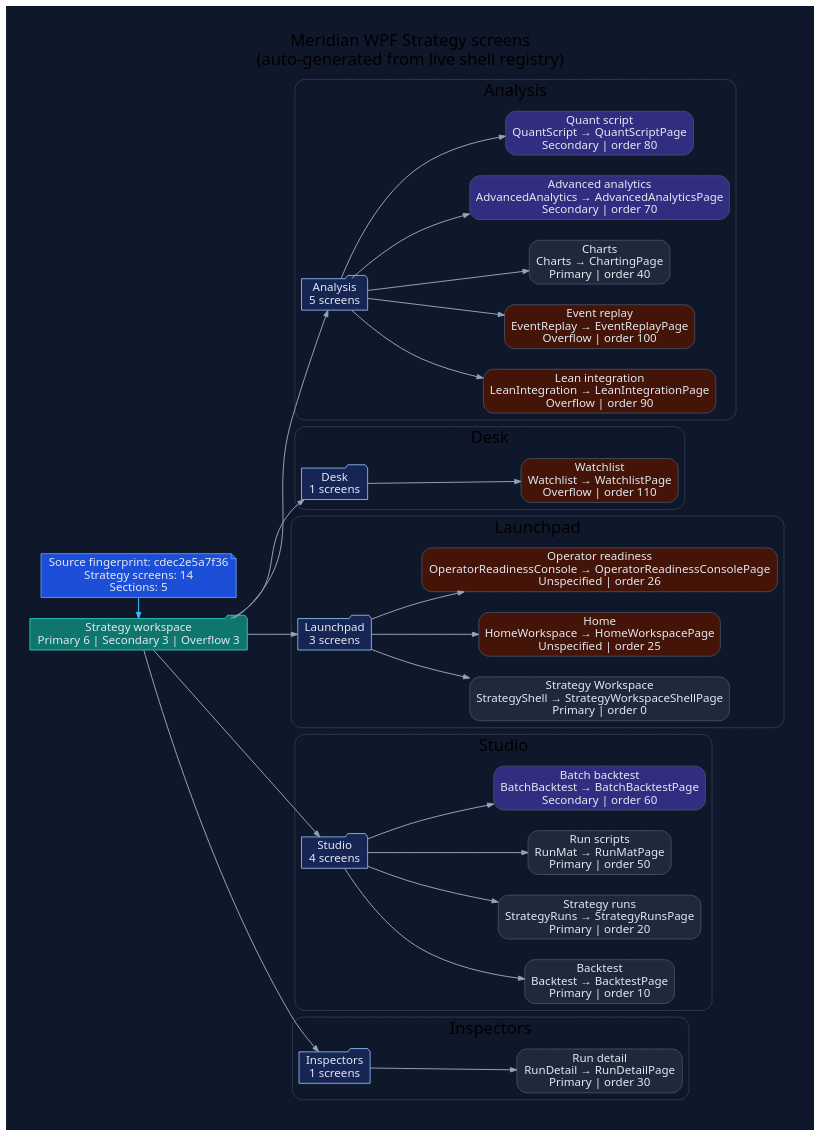
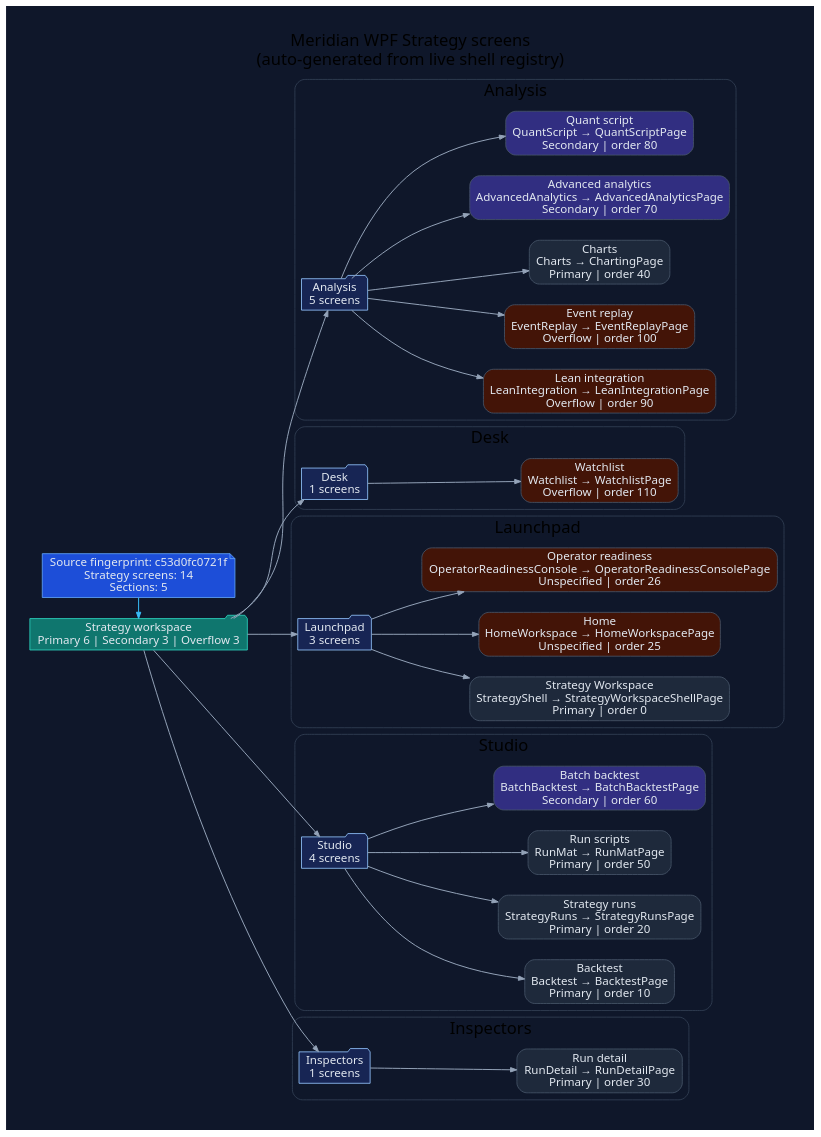
One commit to rodoHasArrived/Meridian-main changed the diagram in docs/diagrams/ui/ui-wpf-screens-strategy.dot. Above: the diagram before and after it, drawn with Graphviz. The commit also changed 47 other files, not shown here.

```diff
--- a/docs/diagrams/ui/ui-wpf-screens-strategy.dot
+++ b/docs/diagrams/ui/ui-wpf-screens-strategy.dot
@@ -1,94 +1,94 @@
 // -----------------------------------------------------------------------------
 // <auto-generated>
 // Generated by scripts/generate-diagrams.mjs.
 // Do not edit this file directly; update the WPF source files instead.
 // -----------------------------------------------------------------------------
 digraph WpfStrategyScreens {
   graph [
     rankdir=LR,
     labelloc=t,
     label="Meridian WPF Strategy screens\n(auto-generated from live shell registry)",
     fontname="Segoe UI",
     fontsize=20,
     pad=0.4,
     nodesep=0.35,
     ranksep=0.85,
     bgcolor="#0f172a"
   ];
   node [fontname="Segoe UI", shape=box, style="rounded,filled", color="#475569", fontcolor="#e2e8f0", fillcolor="#1e293b"];
   edge [fontname="Segoe UI", color="#94a3b8", penwidth=1.2, arrowsize=0.75];
 
-  generated [shape=note, fillcolor="#1d4ed8", color="#60a5fa", label="Source fingerprint: cdec2e5a7f36\nStrategy screens: 14\nSections: 5"];
+  generated [shape=note, fillcolor="#1d4ed8", color="#60a5fa", label="Source fingerprint: c53d0fc0721f\nStrategy screens: 14\nSections: 5"];
   workspace [shape=folder, fillcolor="#0f766e", color="#2dd4bf", label="Strategy workspace\nPrimary 6 | Secondary 3 | Overflow 3"];
   generated -> workspace [color="#38bdf8"];
 
   subgraph cluster_section_1 {
     label="Analysis";
     color="#334155";
     style="rounded";
     section_1 [shape=folder, fillcolor="#172554", color="#93c5fd", label="Analysis\n5 screens"];
     workspace -> section_1;
     screen_LeanIntegration [fillcolor="#431407", label="Lean integration\nLeanIntegration → LeanIntegrationPage\nOverflow | order 90"];
     section_1 -> screen_LeanIntegration;
     screen_EventReplay [fillcolor="#431407", label="Event replay\nEventReplay → EventReplayPage\nOverflow | order 100"];
     section_1 -> screen_EventReplay;
     screen_Charts [fillcolor="#1e293b", label="Charts\nCharts → ChartingPage\nPrimary | order 40"];
     section_1 -> screen_Charts;
     screen_AdvancedAnalytics [fillcolor="#312e81", label="Advanced analytics\nAdvancedAnalytics → AdvancedAnalyticsPage\nSecondary | order 70"];
     section_1 -> screen_AdvancedAnalytics;
     screen_QuantScript [fillcolor="#312e81", label="Quant script\nQuantScript → QuantScriptPage\nSecondary | order 80"];
     section_1 -> screen_QuantScript;
   }
 
   subgraph cluster_section_2 {
     label="Desk";
     color="#334155";
     style="rounded";
     section_2 [shape=folder, fillcolor="#172554", color="#93c5fd", label="Desk\n1 screens"];
     workspace -> section_2;
     screen_Watchlist [fillcolor="#431407", label="Watchlist\nWatchlist → WatchlistPage\nOverflow | order 110"];
     section_2 -> screen_Watchlist;
   }
 
   subgraph cluster_section_3 {
     label="Launchpad";
     color="#334155";
     style="rounded";
     section_3 [shape=folder, fillcolor="#172554", color="#93c5fd", label="Launchpad\n3 screens"];
     workspace -> section_3;
     screen_StrategyShell [fillcolor="#1e293b", label="Strategy Workspace\nStrategyShell → StrategyWorkspaceShellPage\nPrimary | order 0"];
     section_3 -> screen_StrategyShell;
     screen_HomeWorkspace [fillcolor="#431407", label="Home\nHomeWorkspace → HomeWorkspacePage\nUnspecified | order 25"];
     section_3 -> screen_HomeWorkspace;
     screen_OperatorReadinessConsole [fillcolor="#431407", label="Operator readiness\nOperatorReadinessConsole → OperatorReadinessConsolePage\nUnspecified | order 26"];
     section_3 -> screen_OperatorReadinessConsole;
   }
 
   subgraph cluster_section_4 {
     label="Studio";
     color="#334155";
     style="rounded";
     section_4 [shape=folder, fillcolor="#172554", color="#93c5fd", label="Studio\n4 screens"];
     workspace -> section_4;
     screen_Backtest [fillcolor="#1e293b", label="Backtest\nBacktest → BacktestPage\nPrimary | order 10"];
     section_4 -> screen_Backtest;
     screen_StrategyRuns [fillcolor="#1e293b", label="Strategy runs\nStrategyRuns → StrategyRunsPage\nPrimary | order 20"];
     section_4 -> screen_StrategyRuns;
     screen_RunMat [fillcolor="#1e293b", label="Run scripts\nRunMat → RunMatPage\nPrimary | order 50"];
     section_4 -> screen_RunMat;
     screen_BatchBacktest [fillcolor="#312e81", label="Batch backtest\nBatchBacktest → BatchBacktestPage\nSecondary | order 60"];
     section_4 -> screen_BatchBacktest;
   }
 
   subgraph cluster_section_5 {
     label="Inspectors";
     color="#334155";
     style="rounded";
     section_5 [shape=folder, fillcolor="#172554", color="#93c5fd", label="Inspectors\n1 screens"];
     workspace -> section_5;
     screen_RunDetail [fillcolor="#1e293b", label="Run detail\nRunDetail → RunDetailPage\nPrimary | order 30"];
     section_5 -> screen_RunDetail;
   }
 
   { rank=min; generated; workspace; }
 }
```
